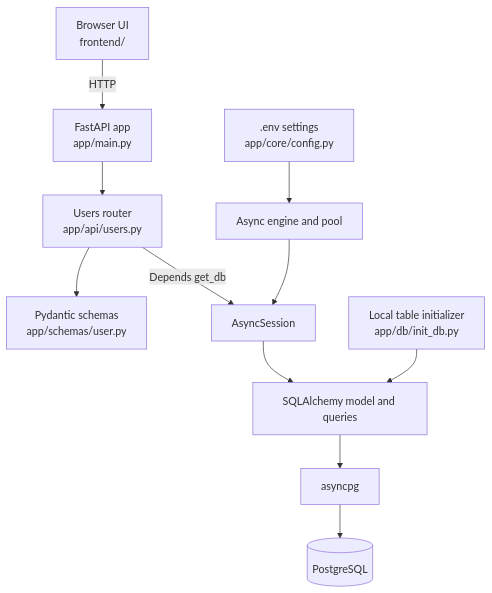
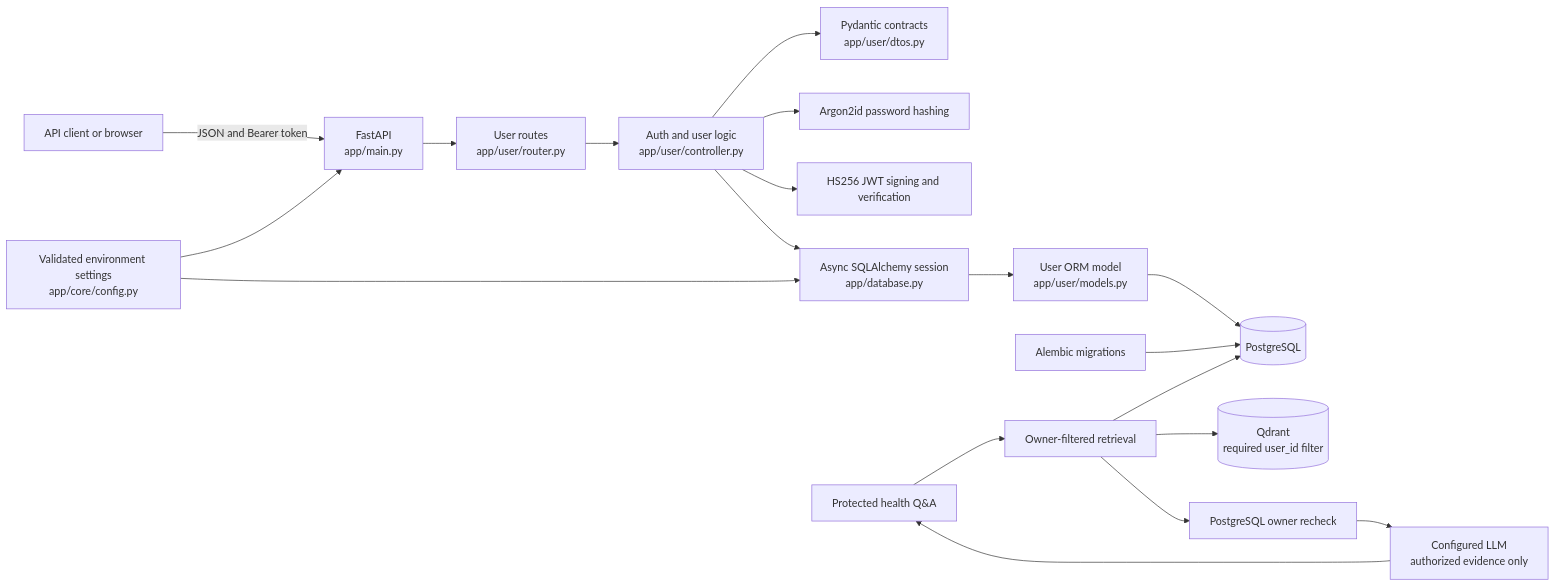
Before and after one commit to singhdeepesh20/Niramaya-AI: the diagram in README.md, drawn with Mermaid. The commit also changed other lines of this file and 2 other files, not shown here.

Commit message:
docs: explain PostgreSQL setup and health retrieval architecture

````diff
--- a/README.md
+++ b/README.md
@@ -21,13 +9,21 @@
 ```mermaid
-flowchart TD
-    Browser[Browser UI<br/>frontend/] -->|HTTP| App[FastAPI app<br/>app/main.py]
-    App --> Router[Users router<br/>app/api/users.py]
-    Router --> Schema[Pydantic schemas<br/>app/schemas/user.py]
-    Router -->|Depends get_db| Session[AsyncSession]
-    Session --> ORM[SQLAlchemy model and queries]
-    ORM --> Driver[asyncpg]
-    Driver --> DB[(PostgreSQL)]
-    Config[.env settings<br/>app/core/config.py] --> Engine[Async engine and pool]
-    Engine --> Session
-    Init[Local table initializer<br/>app/db/init_db.py] --> ORM
+flowchart LR
+    Client[API client or browser] -->|JSON and Bearer token| API[FastAPI<br/>app/main.py]
+    API --> Router[User routes<br/>app/user/router.py]
+    Router --> Controller[Auth and user logic<br/>app/user/controller.py]
+    Controller --> DTO[Pydantic contracts<br/>app/user/dtos.py]
+    Controller --> Hash[Argon2id password hashing]
+    Controller --> JWT[HS256 JWT signing and verification]
+    Controller --> Session[Async SQLAlchemy session<br/>app/database.py]
+    Session --> Model[User ORM model<br/>app/user/models.py]
+    Model --> Postgres[(PostgreSQL)]
+    Settings[Validated environment settings<br/>app/core/config.py] --> API
+    Settings --> Session
+    Migrations[Alembic migrations] --> Postgres
+    Health[Protected health Q&A] --> Retrieval[Owner-filtered retrieval]
+    Retrieval --> Postgres
+    Retrieval --> Qdrant[(Qdrant<br/>required user_id filter)]
+    Retrieval --> Verify[PostgreSQL owner recheck]
+    Verify --> LLM[Configured LLM<br/>authorized evidence only]
+    LLM --> Health
 ```
````
